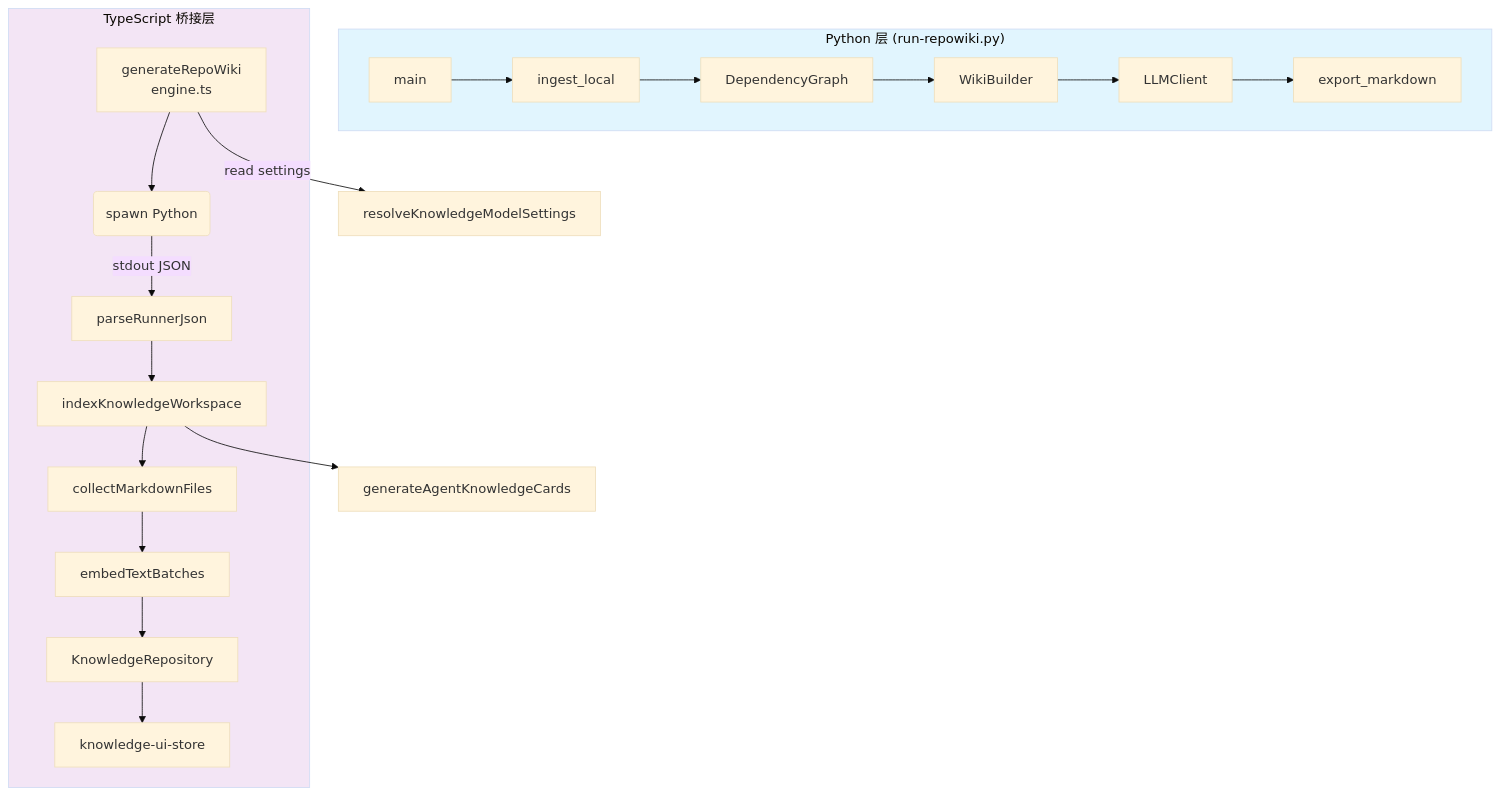
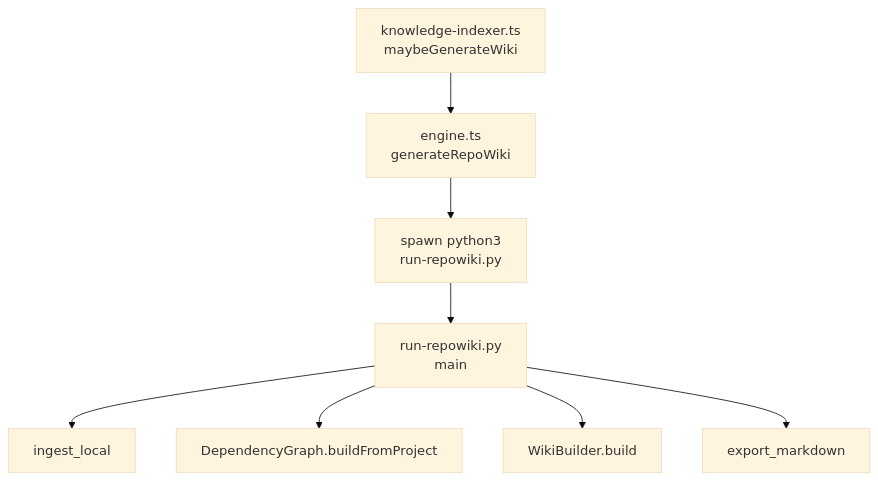
The first of 3 diagrams in .tech/repowiki/zh/content/核心模块规格/知识库后端引擎总览/Repo Wiki Python Runner.md (lst016/tech-cc-hub), drawn with Mermaid (base theme) before and after one commit. The commit also changed other lines of this file and 129 other files, not shown here.

````diff
--- a/.tech/repowiki/zh/content/核心模块规格/知识库后端引擎总览/Repo Wiki Python Runner.md
+++ b/.tech/repowiki/zh/content/核心模块规格/知识库后端引擎总览/Repo Wiki Python Runner.md
@@ -57,26 +74,10 @@
 ```mermaid
 flowchart TD
-    subgraph Python["Python 层 (run-repowiki.py)"]
-        A[main] --> B[ingest_local]
-        B --> C[DependencyGraph]
-        C --> D[WikiBuilder]
-        D --> E[LLMClient]
-        E --> F[export_markdown]
-    end
-
-    subgraph TypeScript["TypeScript 桥接层"]
-        G[generateRepoWiki<br/>engine.ts] --> H(spawn Python)
-        H --> |stdout JSON| I[parseRunnerJson]
-        I --> J[indexKnowledgeWorkspace]
-        J --> K[collectMarkdownFiles]
-        K --> L[embedTextBatches]
-        L --> M[KnowledgeRepository]
-        M --> N[knowledge-ui-store]
-    end
-
-    G --> |read settings| O[resolveKnowledgeModelSettings]
-    J --> P[generateAgentKnowledgeCards]
-
-    style Python fill:#e1f5fe
-    style TypeScript fill:#f3e5f5
+    A[knowledge-indexer.ts<br/>maybeGenerateWiki] --> B[engine.ts<br/>generateRepoWiki]
+    B --> C[spawn python3<br/>run-repowiki.py]
+    C --> D[run-repowiki.py<br/>main]
+    D --> E[ingest_local]
+    D --> F[DependencyGraph.buildFromProject]
+    D --> G[WikiBuilder.build]
+    D --> H[export_markdown]
 ```
````
